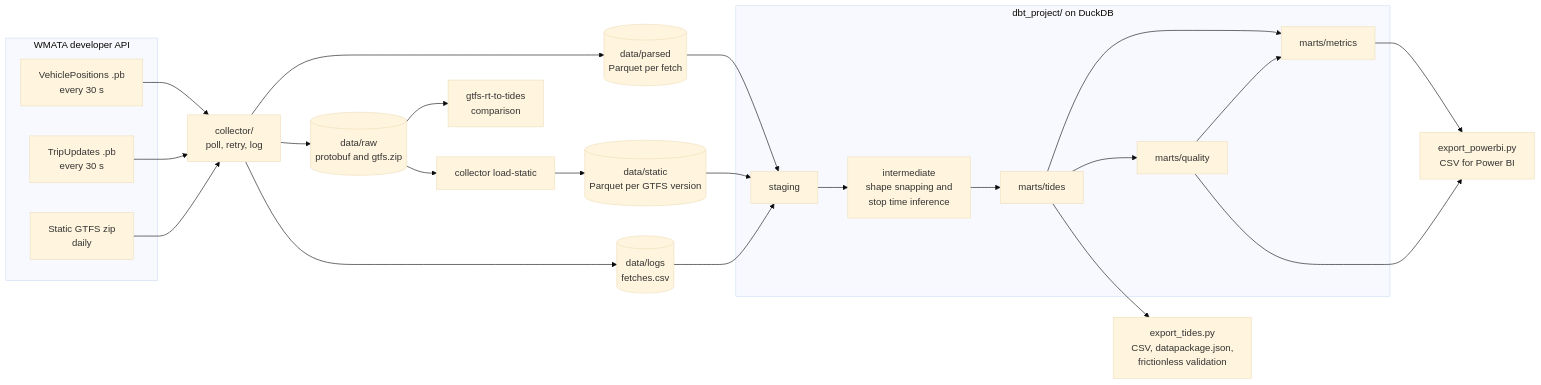
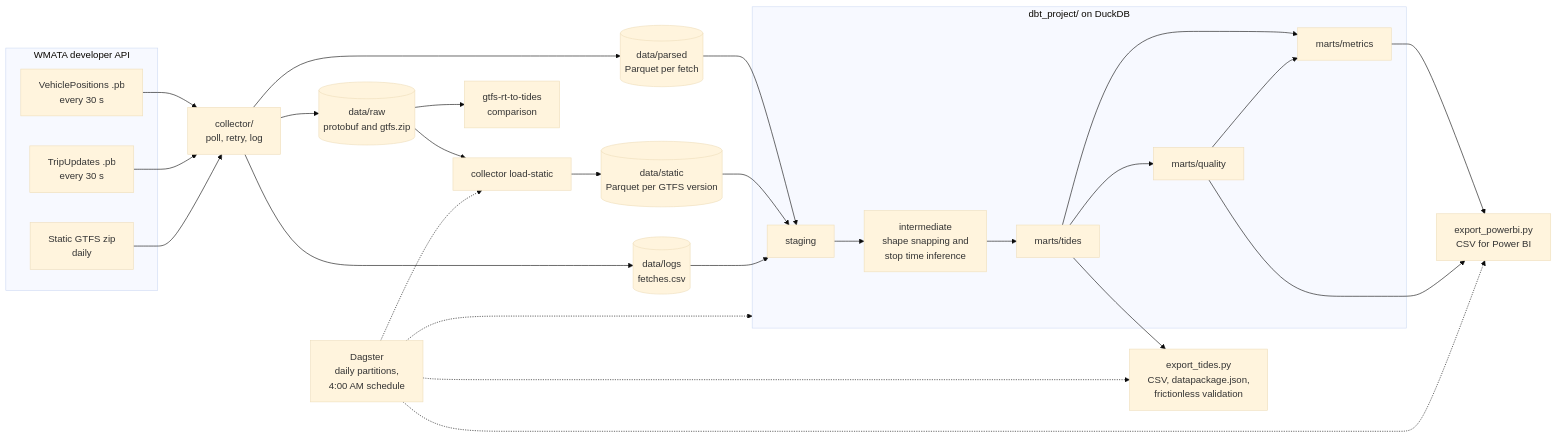
The diagram in README.md (Pragyan-dev/wmata-tides-quality), drawn with Mermaid (base theme) before and after one commit. The commit also changed other lines of this file and 11 other files, not shown here.

First line of the commit message:
Add Dagster orchestration for the daily batch

````diff
--- a/README.md
+++ b/README.md
@@ -41,40 +44,45 @@
 ```mermaid
 flowchart LR
     subgraph WMATA["WMATA developer API"]
         VP["VehiclePositions .pb<br/>every 30 s"]
         TU["TripUpdates .pb<br/>every 30 s"]
         GS["Static GTFS zip<br/>daily"]
     end
 
     C["collector/<br/>poll, retry, log"]
     VP --> C
     TU --> C
     GS --> C
 
     C --> RAW[("data/raw<br/>protobuf and gtfs.zip")]
     C --> PQ[("data/parsed<br/>Parquet per fetch")]
     C --> LOG[("data/logs<br/>fetches.csv")]
     RAW --> LS["collector load-static"]
     LS --> ST[("data/static<br/>Parquet per GTFS version")]
 
     subgraph DBT["dbt_project/ on DuckDB"]
         STG["staging"]
         INT["intermediate<br/>shape snapping and<br/>stop time inference"]
         TIDES["marts/tides"]
         QUAL["marts/quality"]
         MET["marts/metrics"]
         STG --> INT --> TIDES
         TIDES --> QUAL
         TIDES --> MET
         QUAL --> MET
     end
 
     PQ --> STG
     ST --> STG
     LOG --> STG
 
     TIDES --> EXT["export_tides.py<br/>CSV, datapackage.json,<br/>frictionless validation"]
     MET --> EXP["export_powerbi.py<br/>CSV for Power BI"]
     QUAL --> EXP
     RAW --> CMP["gtfs-rt-to-tides<br/>comparison"]
+
+    DAG["Dagster<br/>daily partitions,<br/>4:00 AM schedule"] -.-> LS
+    DAG -.-> DBT
+    DAG -.-> EXT
+    DAG -.-> EXP
 ```
````
